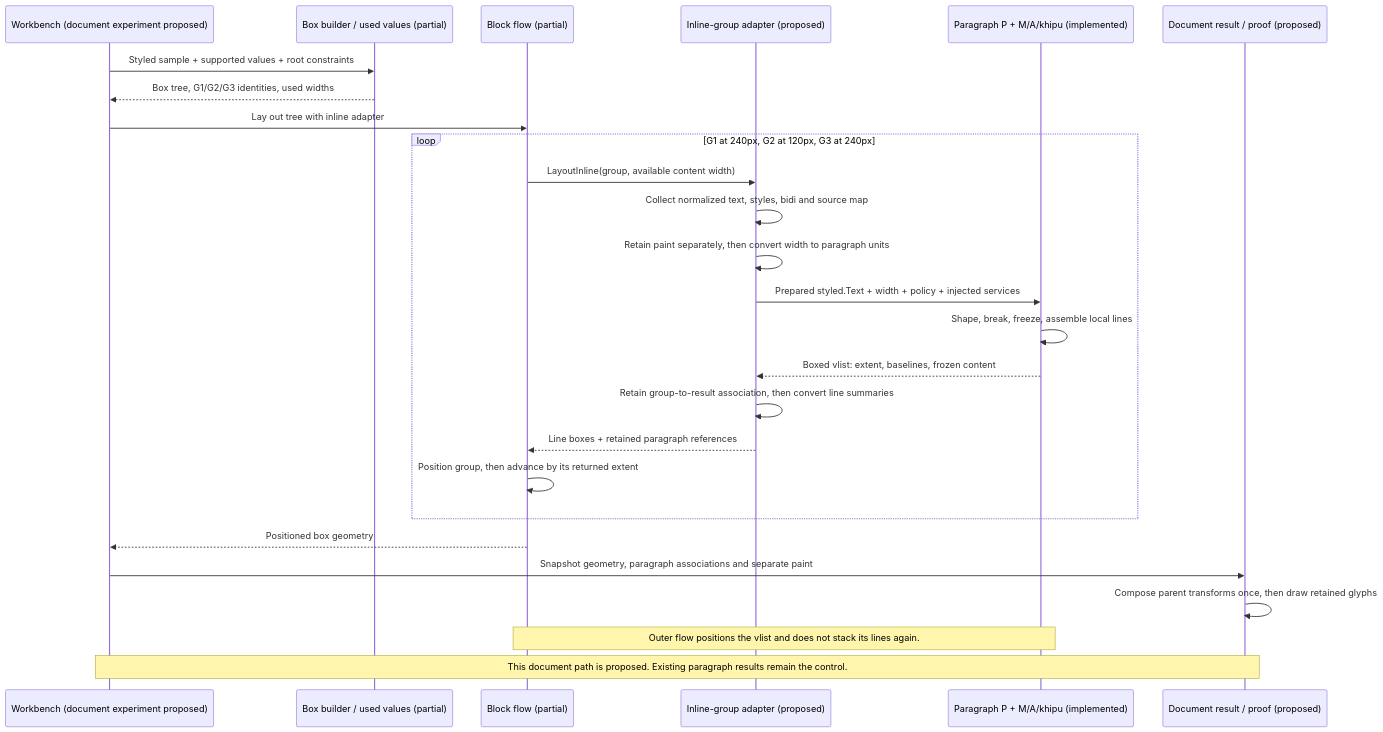
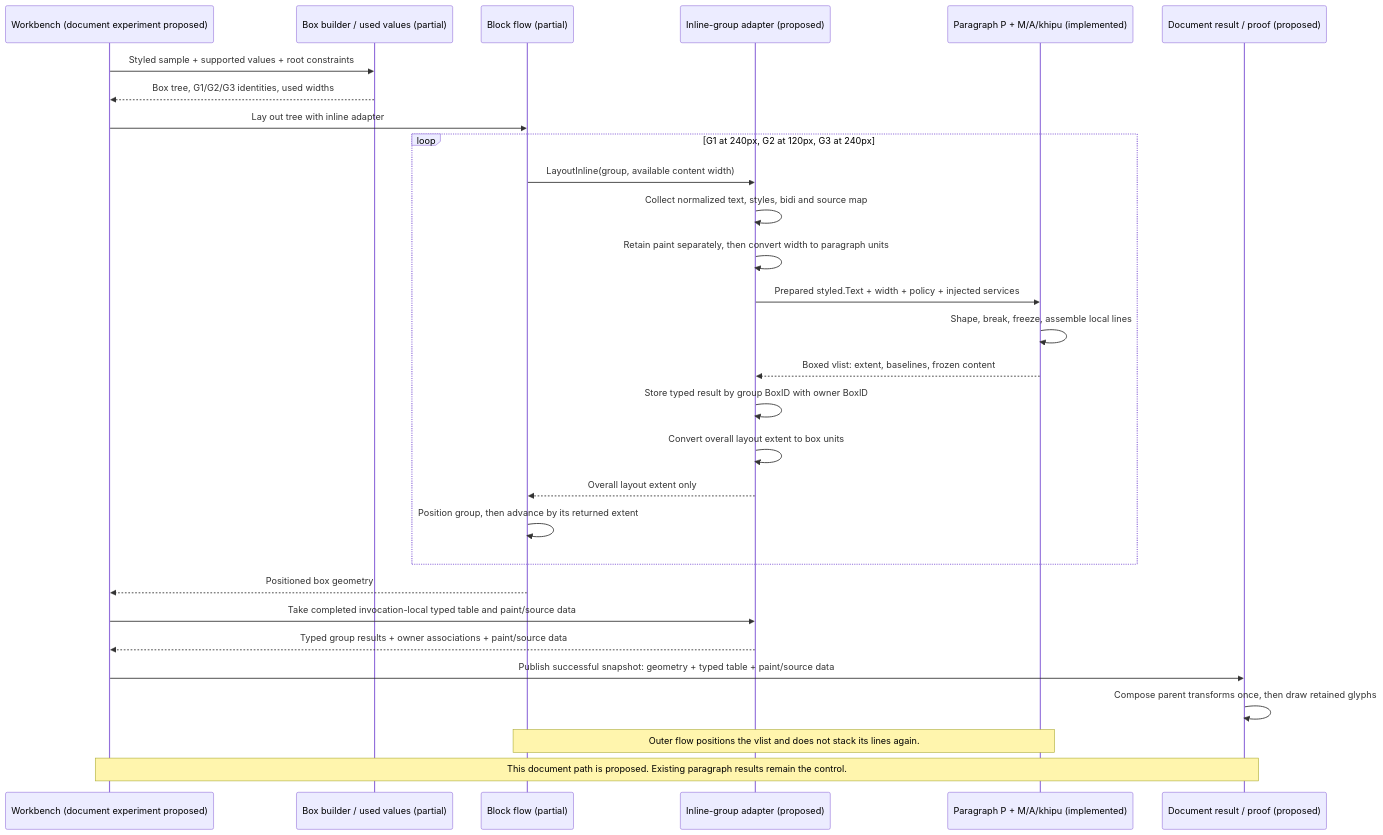
The third of 3 diagrams in doc/DOCUMENT_LAYOUT_VIEWS.md (npillmayer/tytui), drawn with Mermaid before and after one commit. The commit also changed other lines of this file and 2 other files, not shown here.

````diff
--- a/doc/DOCUMENT_LAYOUT_VIEWS.md
+++ b/doc/DOCUMENT_LAYOUT_VIEWS.md
@@ -170,29 +175,32 @@
 ```mermaid
 sequenceDiagram
     participant W as Workbench (document experiment proposed)
     participant B as Box builder / used values (partial)
     participant F as Block flow (partial)
     participant X as Inline-group adapter (proposed)
     participant P as Paragraph P + M/A/khipu (implemented)
     participant R as Document result / proof (proposed)
 
     W->>B: Styled sample + supported values + root constraints
     B-->>W: Box tree, G1/G2/G3 identities, used widths
     W->>F: Lay out tree with inline adapter
     loop G1 at 240px, G2 at 120px, G3 at 240px
         F->>X: LayoutInline(group, available content width)
         X->>X: Collect normalized text, styles, bidi and source map
         X->>X: Retain paint separately, then convert width to paragraph units
         X->>P: Prepared styled.Text + width + policy + injected services
         P->>P: Shape, break, freeze, assemble local lines
         P-->>X: Boxed vlist: extent, baselines, frozen content
-        X->>X: Retain group-to-result association, then convert line summaries
-        X-->>F: Line boxes + retained paragraph references
+        X->>X: Store typed result by group BoxID with owner BoxID
+        X->>X: Convert overall layout extent to box units
+        X-->>F: Overall layout extent only
         F->>F: Position group, then advance by its returned extent
     end
     F-->>W: Positioned box geometry
-    W->>R: Snapshot geometry, paragraph associations and separate paint
+    W->>X: Take completed invocation-local typed table and paint/source data
+    X-->>W: Typed group results + owner associations + paint/source data
+    W->>R: Publish successful snapshot: geometry + typed table + paint/source data
     R->>R: Compose parent transforms once, then draw retained glyphs
     Note over F,P: Outer flow positions the vlist and does not stack its lines again.
     Note over W,R: This document path is proposed. Existing paragraph results remain the control.
 ```
````
